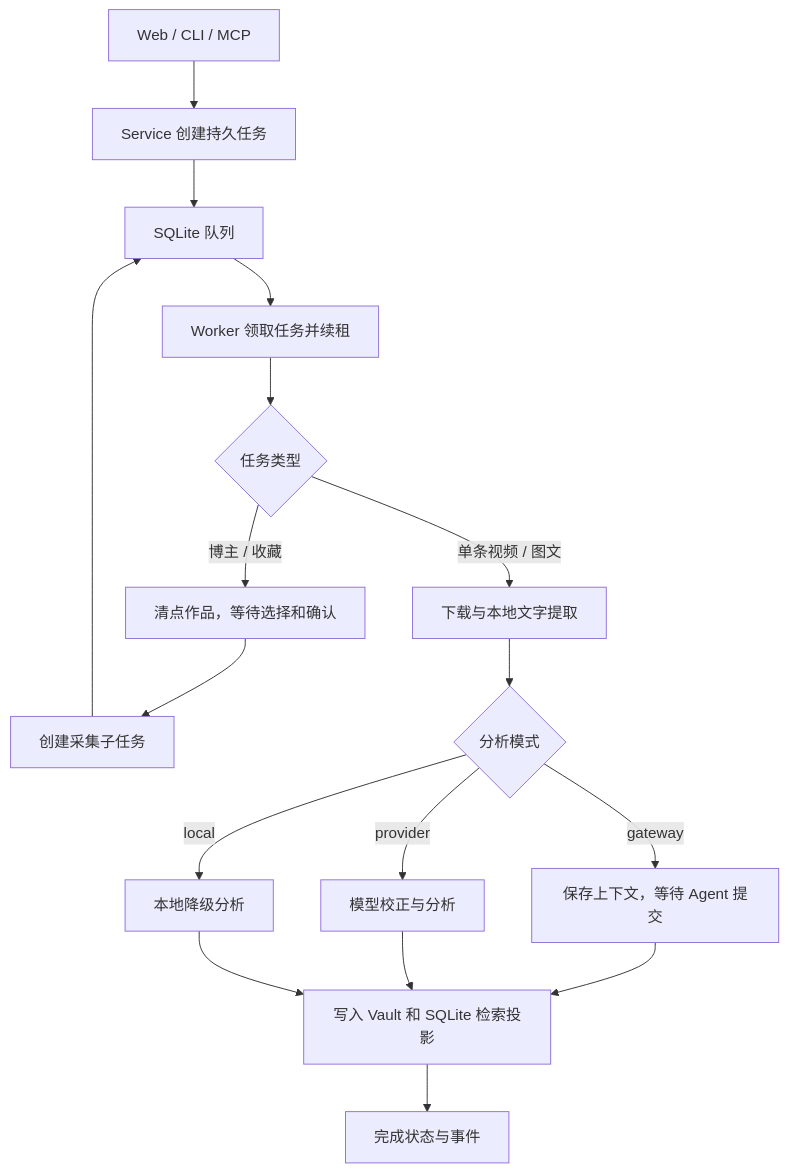
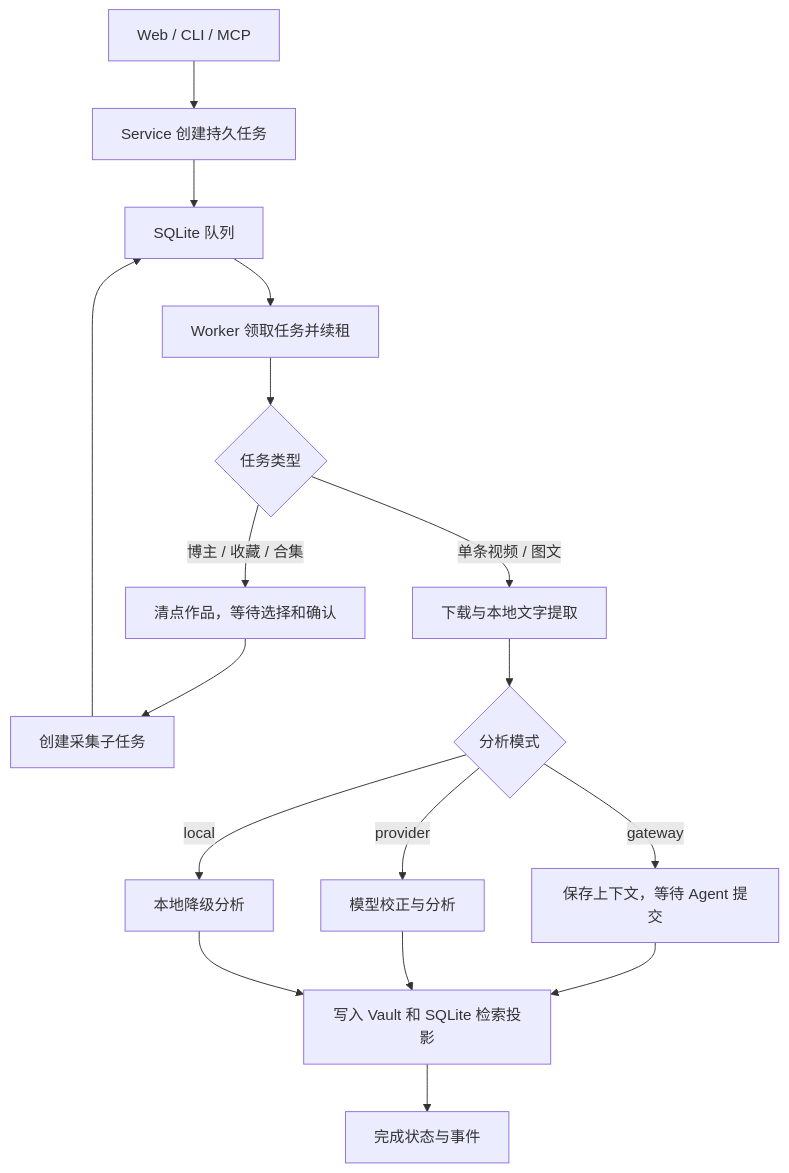
The diagram in docs/architecture.md (WYgao29/Dou-wiki), drawn with Mermaid before and after one commit. The commit also changed other lines of this file and 10 other files, not shown here.

````diff
--- a/docs/architecture.md
+++ b/docs/architecture.md
@@ -20,19 +20,19 @@
 ```mermaid
 flowchart TD
     entry[Web / CLI / MCP] --> service[Service 创建持久任务]
     service --> queue[SQLite 队列]
     queue --> worker[Worker 领取任务并续租]
     worker --> kind{任务类型}
-    kind -->|博主 / 收藏| inventory[清点作品，等待选择和确认]
+    kind -->|博主 / 收藏 / 合集| inventory[清点作品，等待选择和确认]
     inventory --> children[创建采集子任务]
     children --> queue
     kind -->|单条视频 / 图文| media[下载与本地文字提取]
     media --> mode{分析模式}
     mode -->|gateway| agent[保存上下文，等待 Agent 提交]
     mode -->|provider| provider[模型校正与分析]
     mode -->|local| local[本地降级分析]
     agent --> publish[写入 Vault 和 SQLite 检索投影]
     provider --> publish
     local --> publish
     publish --> done[完成状态与事件]
 ```
````
